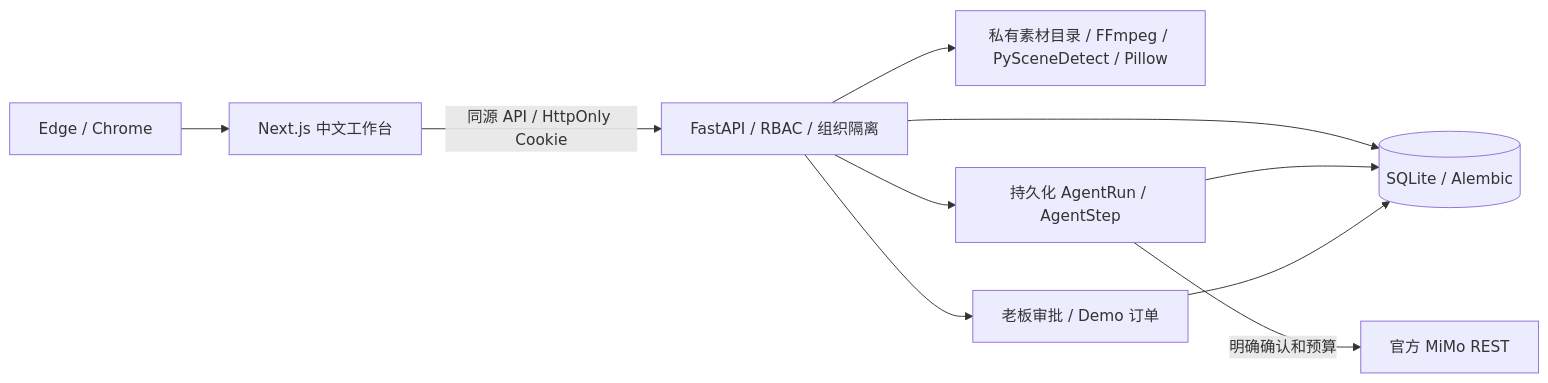
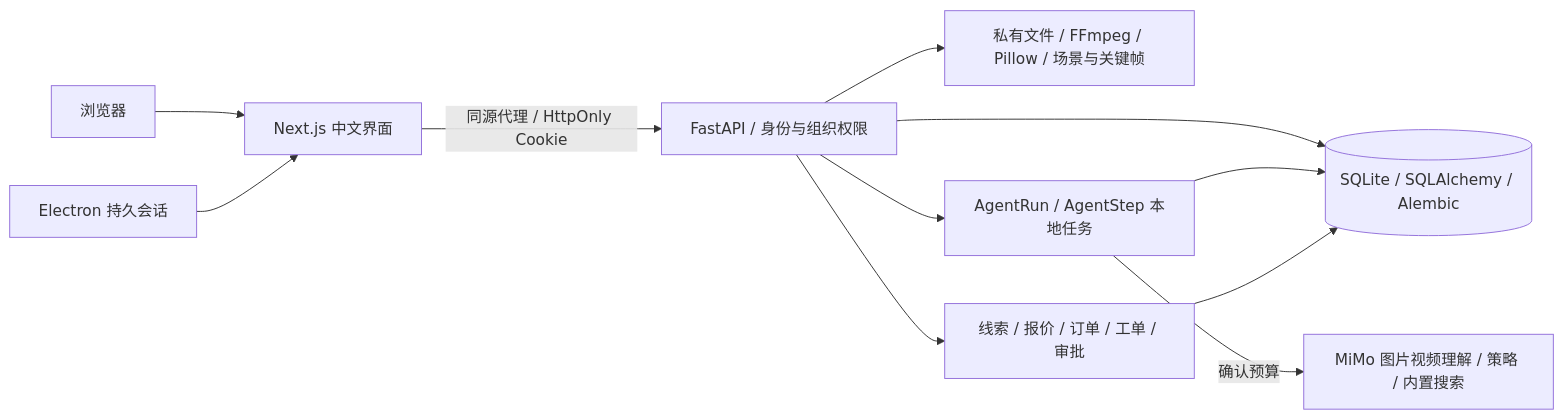
The first of 3 diagrams in docs/ARCHITECTURE.md (sunpeng10/CreatorOS-v1), drawn with Mermaid before and after one commit. The commit also changed other lines of this file and 24 other files, not shown here.

````diff
--- a/docs/ARCHITECTURE.md
+++ b/docs/ARCHITECTURE.md
@@ -3,12 +5,13 @@
 ```mermaid
 flowchart LR
-  Browser[Edge / Chrome] --> Web[Next.js 中文工作台]
-  Web -->|同源 API / HttpOnly Cookie| API[FastAPI / RBAC / 组织隔离]
-  API --> DB[(SQLite / Alembic)]
-  API --> Media[私有素材目录 / FFmpeg / PySceneDetect / Pillow]
-  API --> Worker[持久化 AgentRun / AgentStep]
+  Browser[浏览器] --> Web[Next.js 中文界面]
+  Desktop[Electron 持久会话] --> Web
+  Web -->|同源代理 / HttpOnly Cookie| API[FastAPI / 身份与组织权限]
+  API --> DB[(SQLite / SQLAlchemy / Alembic)]
+  API --> Media[私有文件 / FFmpeg / Pillow / 场景与关键帧]
+  API --> Worker[AgentRun / AgentStep 本地任务]
   Worker --> DB
-  Worker -->|明确确认和预算| MiMo[官方 MiMo REST]
-  API --> Gate[老板审批 / Demo 订单]
-  Gate --> DB
+  Worker -->|确认预算| MiMo[MiMo 图片视频理解 / 策略 / 内置搜索]
+  API --> Business[线索 / 报价 / 订单 / 工单 / 审批]
+  Business --> DB
 ```
````
